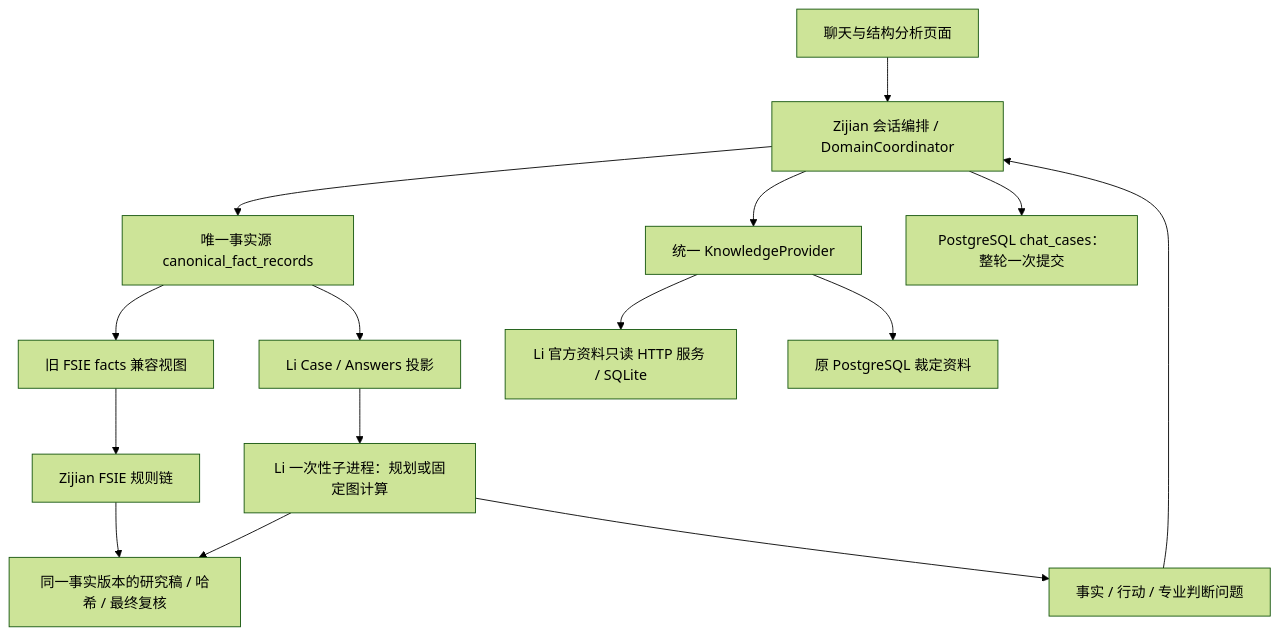
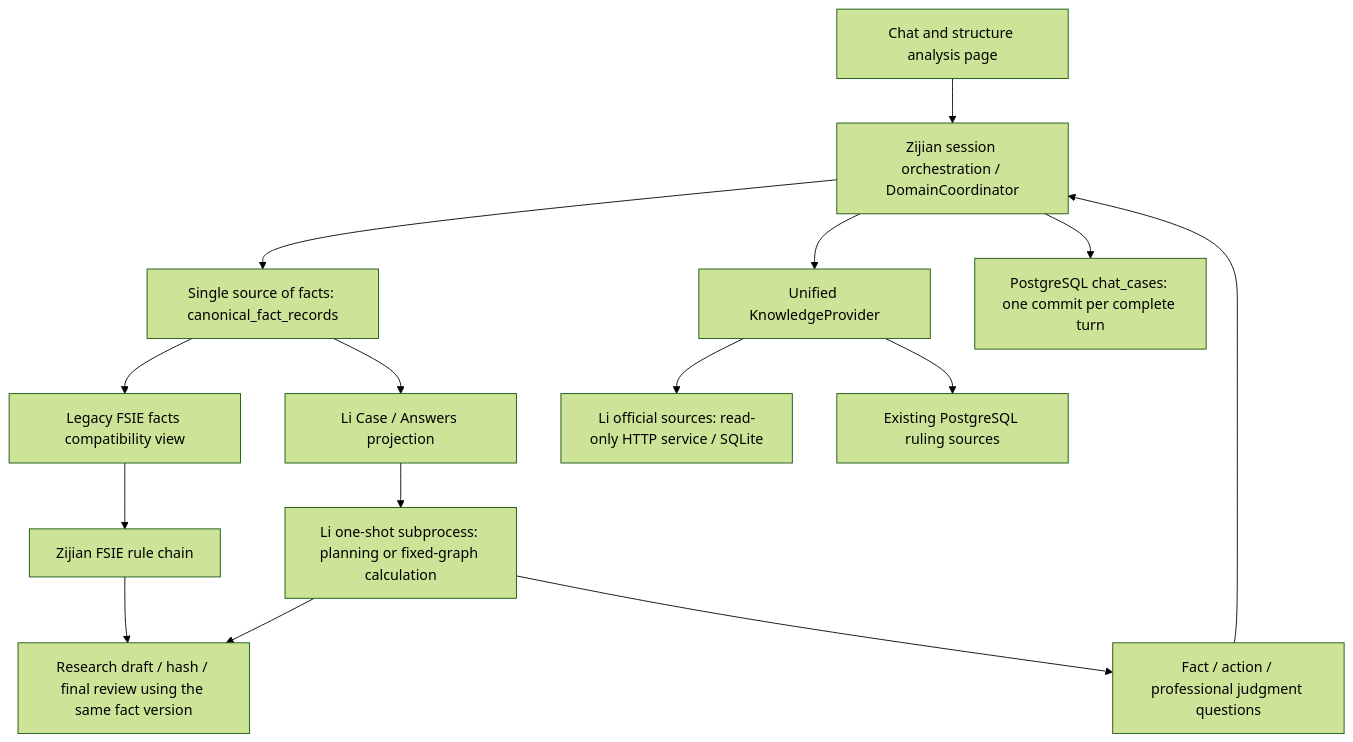
Before and after one commit to 1726621062qqcom-ctrl/Asia-Tax-AI-Agent: the diagram in README_MERGED.md, drawn with Mermaid (forest theme). The commit also changed other lines of this file and 19 other files, not shown here.

````diff
--- a/README_MERGED.md
+++ b/README_MERGED.md
@@ -12,17 +12,17 @@
 ```mermaid
 flowchart TD
-  U[聊天与结构分析页面] --> B[Zijian 会话编排 / DomainCoordinator]
-  B --> F[唯一事实源 canonical_fact_records]
-  F --> P[旧 FSIE facts 兼容视图]
-  F --> C[Li Case / Answers 投影]
-  P --> G[Zijian FSIE 规则链]
-  C --> L[Li 一次性子进程：规划或固定图计算]
-  L --> Q[事实 / 行动 / 专业判断问题]
+  U[Chat and structure analysis page] --> B[Zijian session orchestration / DomainCoordinator]
+  B --> F[Single source of facts: canonical_fact_records]
+  F --> P[Legacy FSIE facts compatibility view]
+  F --> C[Li Case / Answers projection]
+  P --> G[Zijian FSIE rule chain]
+  C --> L[Li one-shot subprocess: planning or fixed-graph calculation]
+  L --> Q[Fact / action / professional judgment questions]
   Q --> B
-  B --> K[统一 KnowledgeProvider]
-  K --> S[Li 官方资料只读 HTTP 服务 / SQLite]
-  K --> R[原 PostgreSQL 裁定资料]
-  G --> O[同一事实版本的研究稿 / 哈希 / 最终复核]
+  B --> K[Unified KnowledgeProvider]
+  K --> S[Li official sources: read-only HTTP service / SQLite]
+  K --> R[Existing PostgreSQL ruling sources]
+  G --> O[Research draft / hash / final review using the same fact version]
   L --> O
-  B --> DB[PostgreSQL chat_cases：整轮一次提交]
+  B --> DB[PostgreSQL chat_cases: one commit per complete turn]
 ```
````
